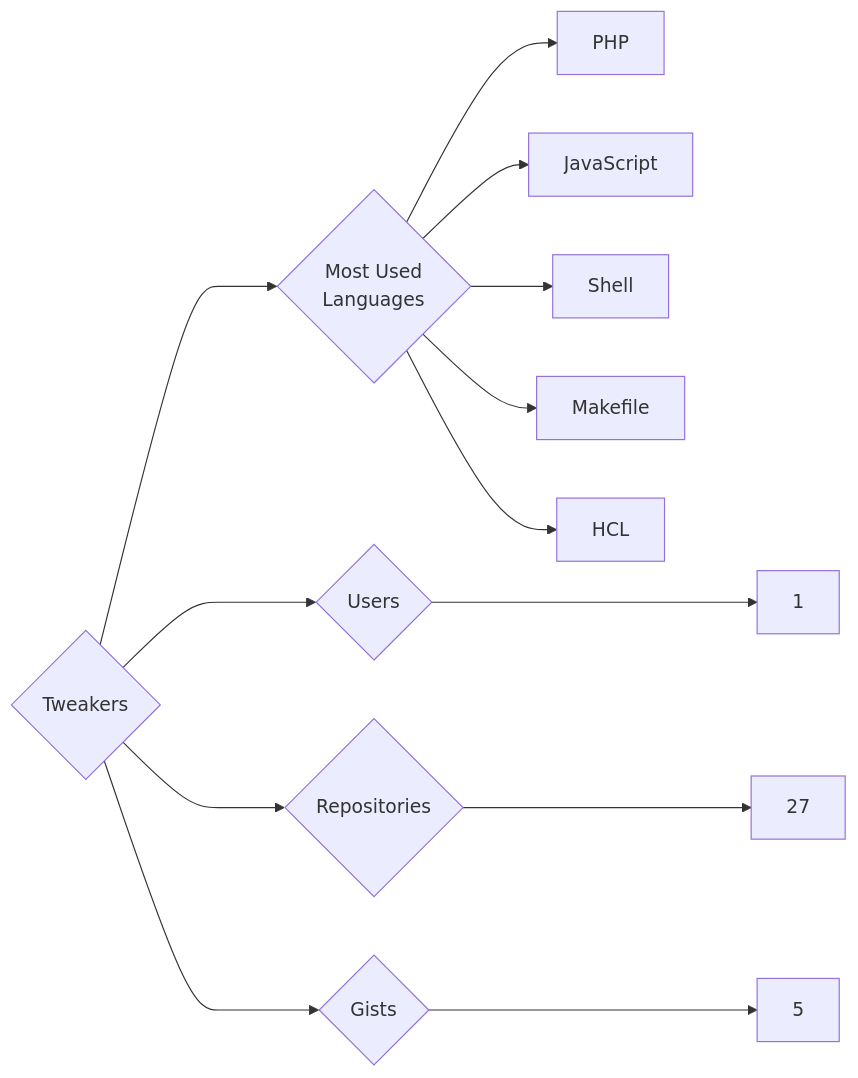
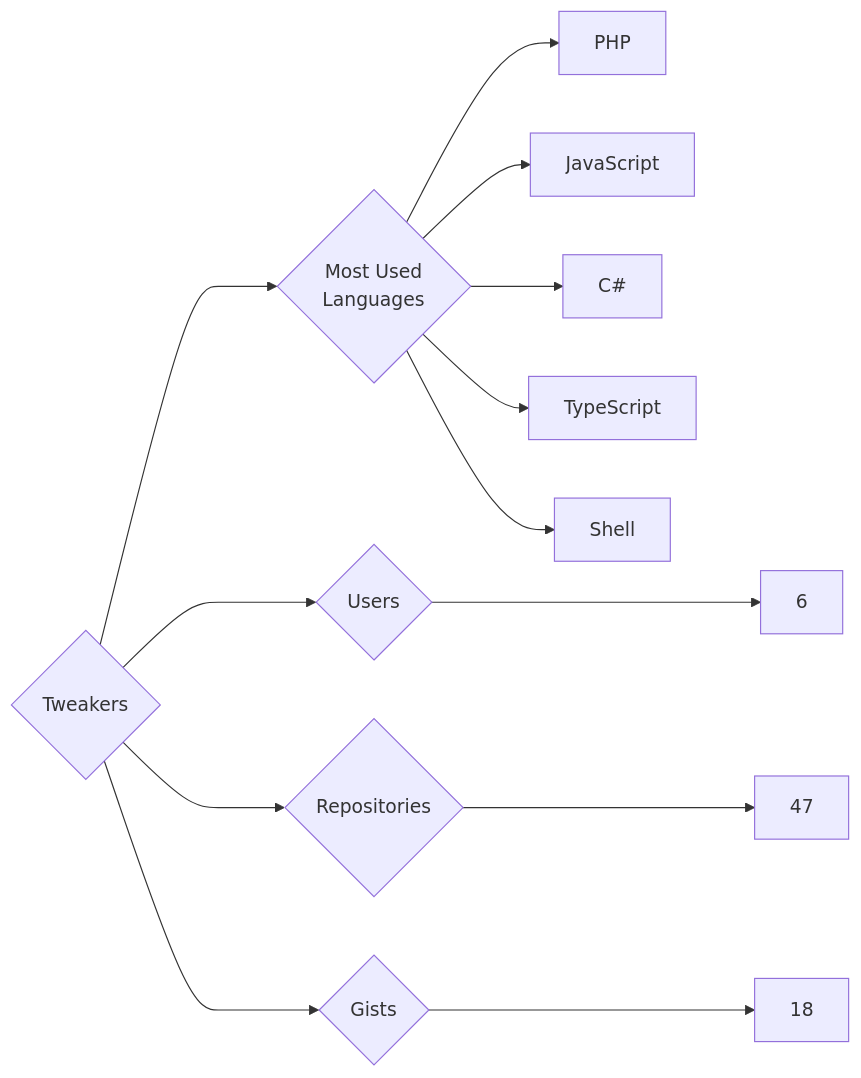
Before and after one commit to trickest/insiders: the diagram in targets/Tweakers/README.md, drawn with Mermaid. The commit also changed 1696 other files, not shown here.

````diff
--- a/targets/Tweakers/README.md
+++ b/targets/Tweakers/README.md
@@ -3,13 +3,13 @@
 ```mermaid
 graph LR
 COMPANY_NAME{Tweakers}
-COMPANY_NAME ---> U{Users} ---> UN[1]
-COMPANY_NAME ---> R{Repositories} ---> RN[27]
-COMPANY_NAME ---> G{Gists} ---> GN[5]
+COMPANY_NAME ---> U{Users} ---> UN[6]
+COMPANY_NAME ---> R{Repositories} ---> RN[47]
+COMPANY_NAME ---> G{Gists} ---> GN[18]
 COMPANY_NAME ---> ML{Most Used<br>Languages}
 ML --> PHP[PHP]
 ML --> JavaScript[JavaScript]
+ML --> C#[C#]
+ML --> TypeScript[TypeScript]
 ML --> Shell[Shell]
-ML --> Makefile[Makefile]
-ML --> HCL[HCL]
 ```
````
